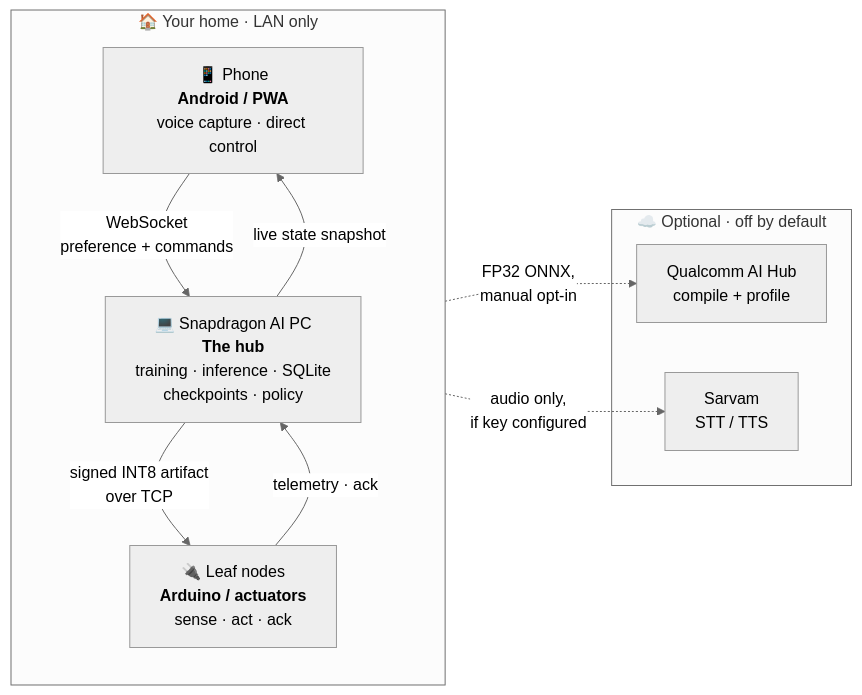
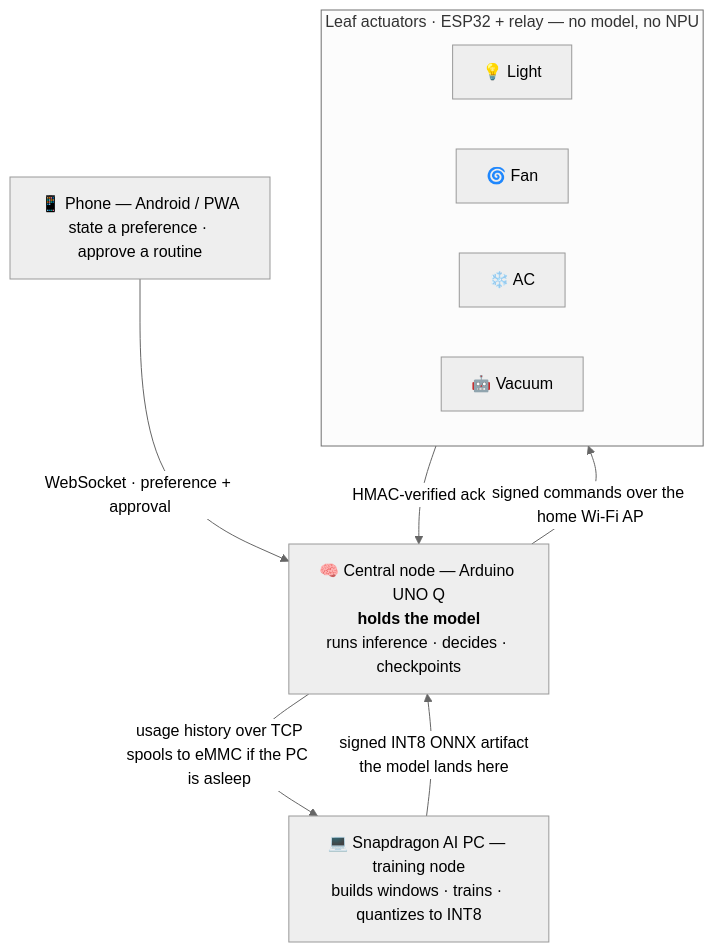
Before and after one commit to gtathelegend/AEON-HOME: the diagram in README.md, drawn with Mermaid (neutral theme). The commit also changed other lines of this file and 5 other files, not shown here.

````diff
--- a/README.md
+++ b/README.md
@@ -108,21 +132,20 @@
 ```mermaid
-flowchart LR
-    subgraph EDGE["🏠 Your home · LAN only"]
-        direction TB
-        PHONE["📱 Phone<br/><b>Android / PWA</b><br/>voice capture · direct control"]
-        PC["💻 Snapdragon AI PC<br/><b>The hub</b><br/>training · inference · SQLite<br/>checkpoints · policy"]
-        LEAF["🔌 Leaf nodes<br/><b>Arduino / actuators</b><br/>sense · act · ack"]
-        PHONE -->|"WebSocket<br/>preference + commands"| PC
-        PC -->|"signed INT8 artifact<br/>over TCP"| LEAF
-        LEAF -->|"telemetry · ack"| PC
-        PC -->|"live state snapshot"| PHONE
+flowchart TB
+    PHONE["📱 Phone — Android / PWA<br>state a preference · approve a routine"]
+    CENTRAL["🧠 Central node — Arduino UNO Q<br><b>holds the model</b><br>runs inference · decides · checkpoints"]
+    PC["💻 Snapdragon AI PC — training node<br>builds windows · trains · quantizes to INT8"]
+
+    subgraph LEAVES["Leaf actuators · ESP32 + relay — no model, no NPU"]
+        direction LR
+        L1["💡 Light"]
+        L2["🌀 Fan"]
+        L3["❄️ AC"]
+        L4["🤖 Vacuum"]
     end
 
-    subgraph CLOUD["☁️ Optional · off by default"]
-        HUB["Qualcomm AI Hub<br/>compile + profile"]
-        SARVAM["Sarvam<br/>STT / TTS"]
-    end
-
-    PC -.->|"FP32 ONNX,<br/>manual opt-in"| HUB
-    PHONE -.->|"audio only,<br/>if key configured"| SARVAM
+    PHONE -->|"WebSocket · preference + approval"| CENTRAL
+    CENTRAL -->|"usage history over TCP<br>spools to eMMC if the PC is asleep"| PC
+    PC -->|"signed INT8 ONNX artifact<br>the model lands here"| CENTRAL
+    CENTRAL -->|"signed commands over the home Wi-Fi AP"| LEAVES
+    LEAVES -->|"HMAC-verified ack"| CENTRAL
 ```
````
